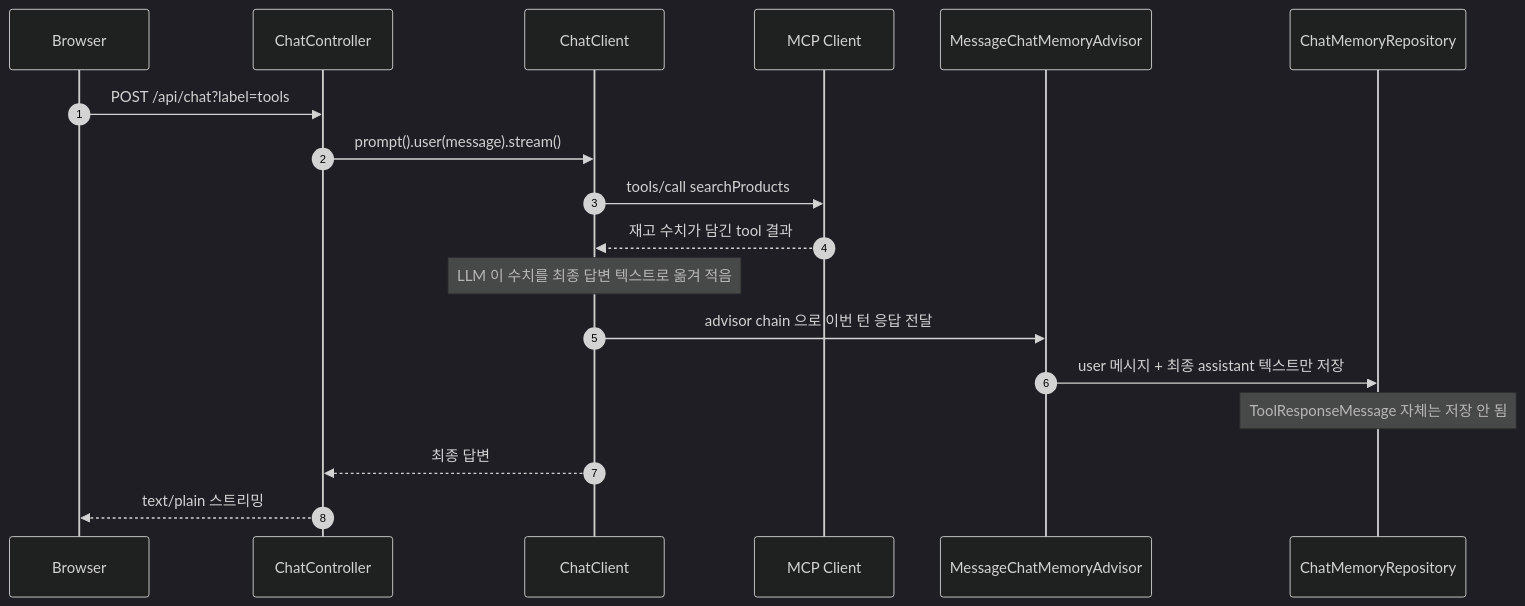
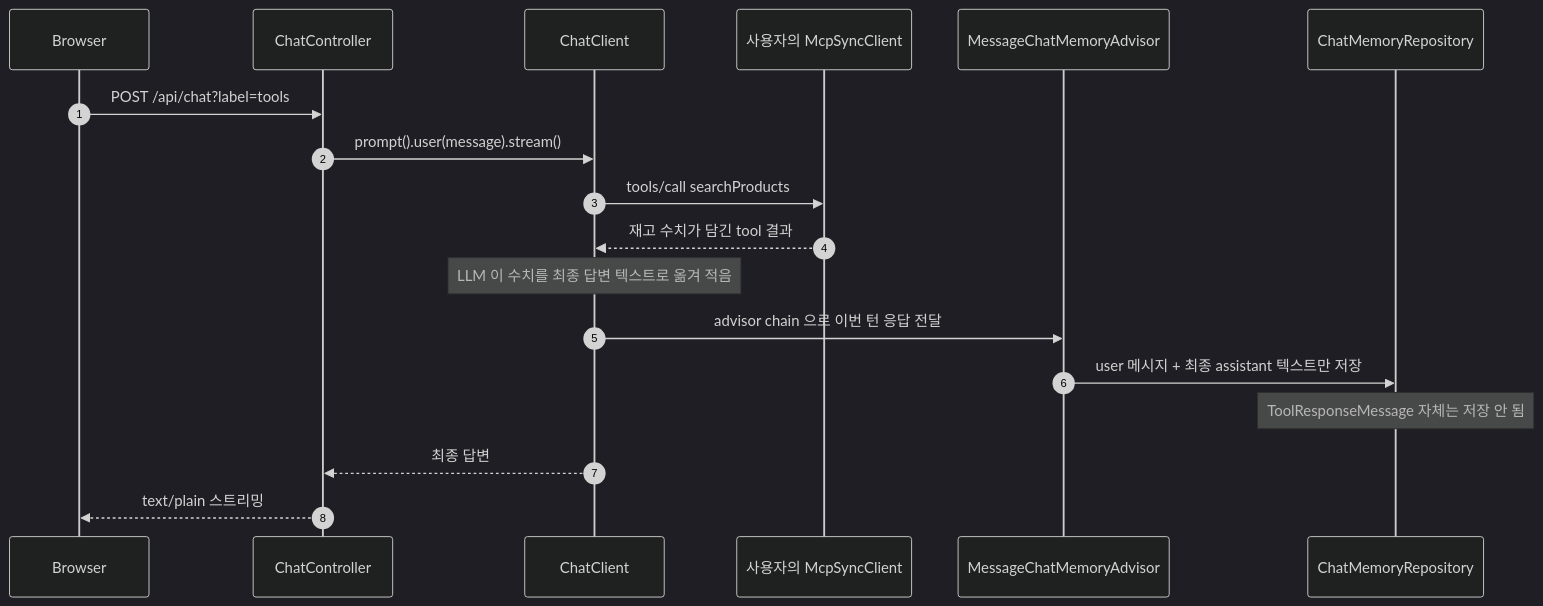
The seventh of 7 diagrams in practice/mcp-security-authn-chat-memory/SEQUENCES.md (starryeye/spring-ai), drawn with Mermaid (dark theme) before and after one commit. The commit also changed other lines of this file and 2 other files, not shown here.

Commit message:
docs(chat-memory): 사용자별 MCP client·session binding, official 링크로 겹침 정리

````diff
--- a/practice/mcp-security-authn-chat-memory/SEQUENCES.md
+++ b/practice/mcp-security-authn-chat-memory/SEQUENCES.md
@@ -98,20 +320,20 @@
 ```mermaid
 sequenceDiagram
     autonumber
     participant U as Browser
     participant CC as ChatController
     participant CL as ChatClient
-    participant MC as MCP Client
+    participant MC as 사용자의 McpSyncClient
     participant MA as MessageChatMemoryAdvisor
     participant ST as ChatMemoryRepository
     U->>CC: POST /api/chat?label=tools
     CC->>CL: prompt().user(message).stream()
     CL->>MC: tools/call searchProducts
     MC-->>CL: 재고 수치가 담긴 tool 결과
     Note over CL: LLM 이 수치를 최종 답변 텍스트로 옮겨 적음
     CL->>MA: advisor chain 으로 이번 턴 응답 전달
     MA->>ST: user 메시지 + 최종 assistant 텍스트만 저장
     Note over ST: ToolResponseMessage 자체는 저장 안 됨
     CL-->>CC: 최종 답변
     CC-->>U: text/plain 스트리밍
 ```
````
